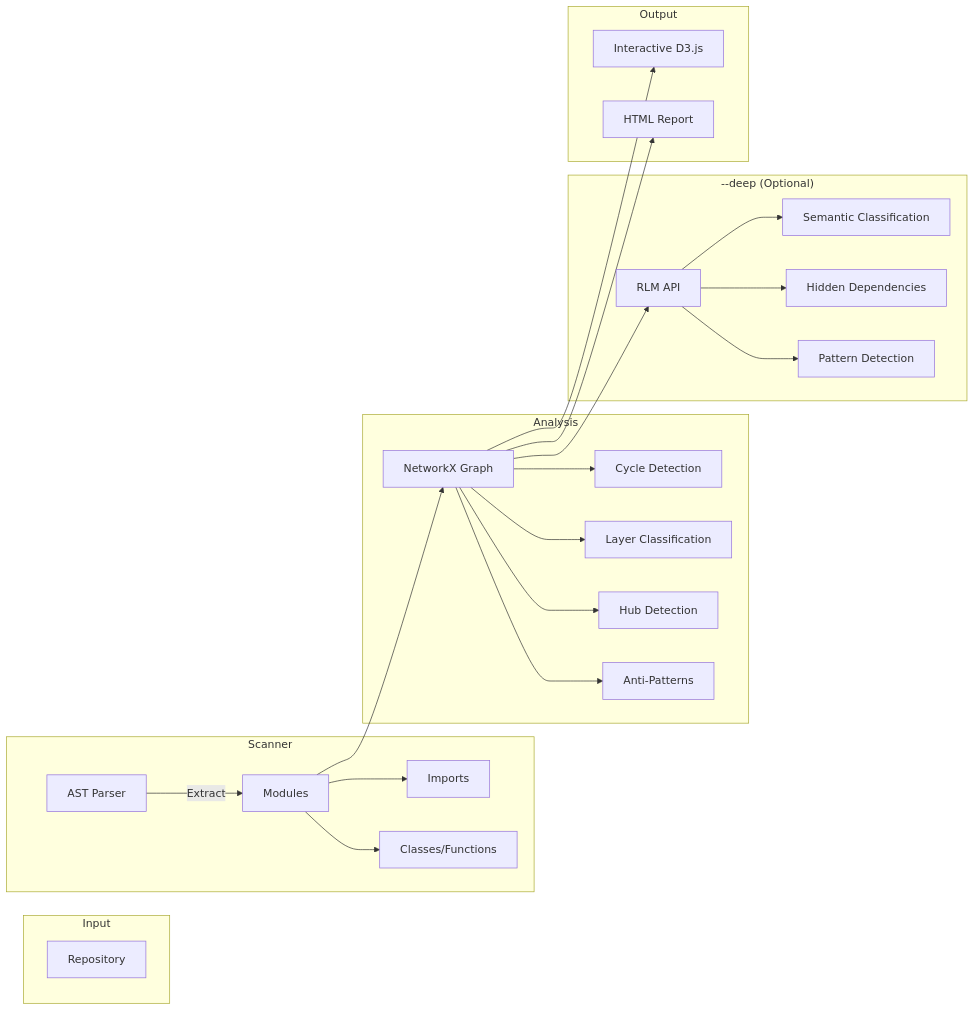
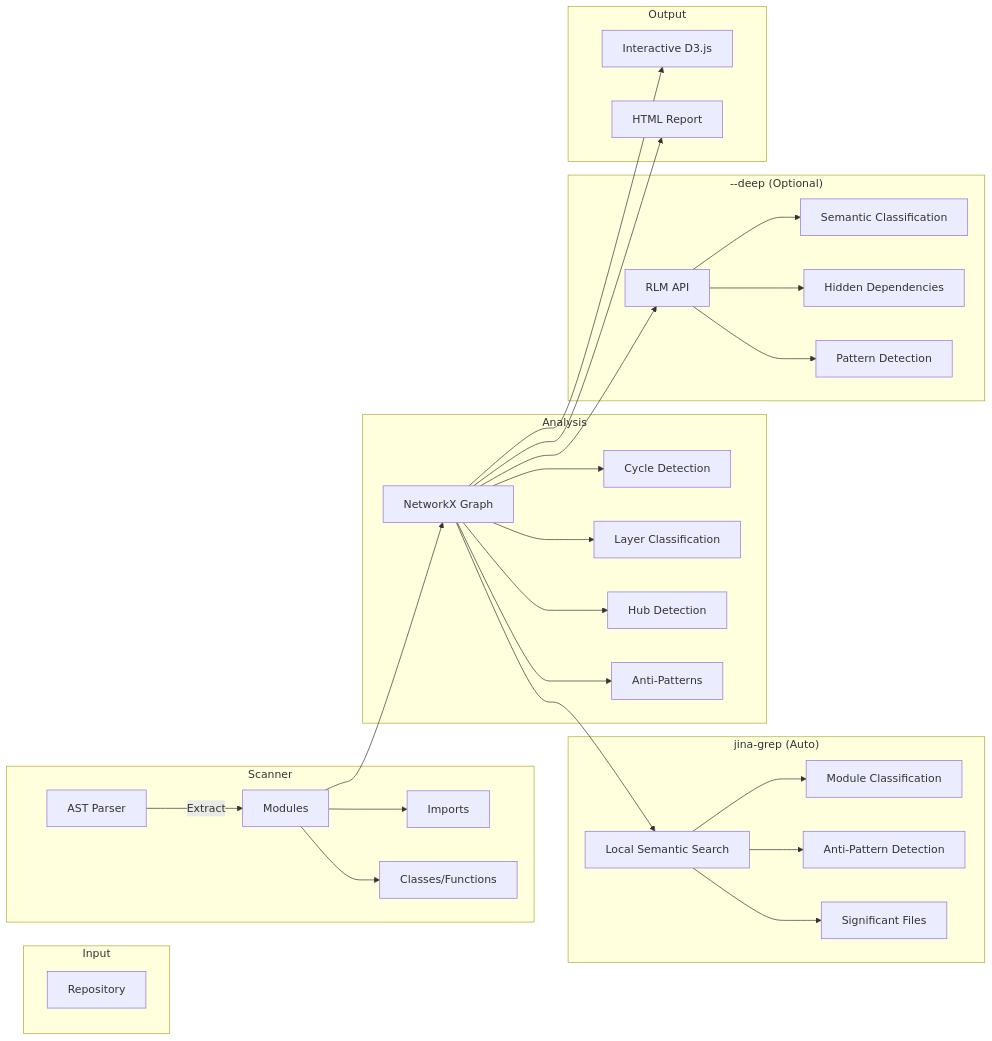
The diagram in README.md (dantodor/rlm-codelens), drawn with Mermaid before and after one commit. The commit also changed other lines of this file, not shown here.

Commit message:
Document jina-grep semantic search integration in README

````diff
--- a/README.md
+++ b/README.md
@@ -102,32 +102,39 @@
 ```mermaid
 flowchart LR
     subgraph Input
         Repo[Repository]
     end
 
     subgraph Scanner
         AST[AST Parser] -->|Extract| Mods[Modules]
         Mods --> Imports[Imports]
         Mods --> Classes[Classes/Functions]
     end
 
     subgraph Analysis
         Mods --> Graph[NetworkX Graph]
         Graph --> Cycles[Cycle Detection]
         Graph --> Layers[Layer Classification]
         Graph --> Hubs[Hub Detection]
         Graph --> Anti[Anti-Patterns]
     end
 
+    subgraph Semantic["jina-grep (Auto)"]
+        Graph --> JinaGrep[Local Semantic Search]
+        JinaGrep --> SemClassify[Module Classification]
+        JinaGrep --> SemAnti[Anti-Pattern Detection]
+        JinaGrep --> SemSignificant[Significant Files]
+    end
+
     subgraph DeepAnalysis["--deep (Optional)"]
         Graph --> RLMApi[RLM API]
         RLMApi --> Classify[Semantic Classification]
         RLMApi --> Hidden[Hidden Dependencies]
         RLMApi --> Patterns[Pattern Detection]
     end
 
     subgraph Output
         Graph --> Viz[Interactive D3.js]
         Graph --> Report[HTML Report]
     end
 ```
````
